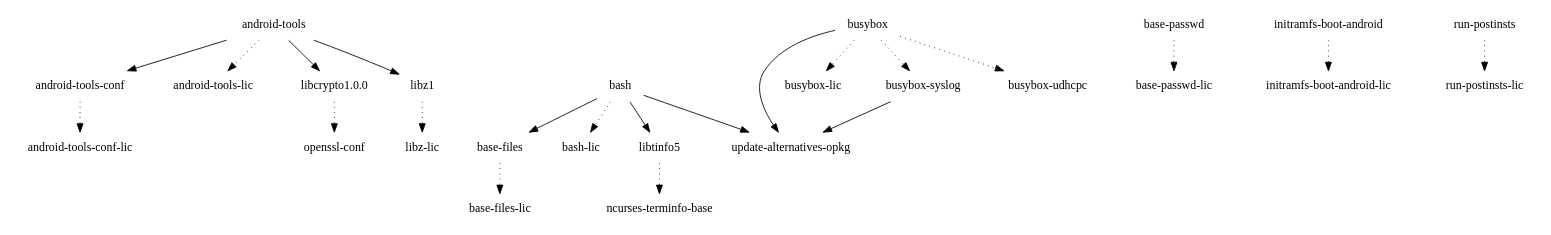
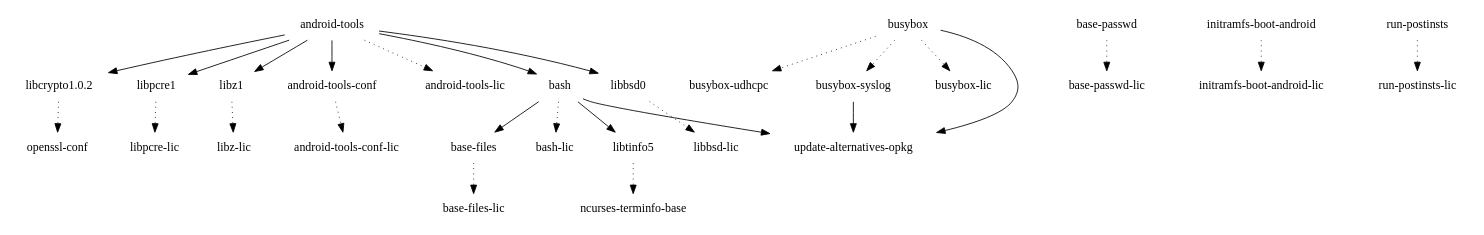
Before and after one commit to webOS-ports/buildhistory: the diagram in images/mako/glibc/initramfs-android-image/depends-nokernel-nolibc.dot, drawn with Graphviz. The commit also changed 589 other files, not shown here.

```diff
--- a/images/mako/glibc/initramfs-android-image/depends-nokernel-nolibc.dot
+++ b/images/mako/glibc/initramfs-android-image/depends-nokernel-nolibc.dot
@@ -1,24 +1,29 @@
 digraph depends {
     node [shape=plaintext]
-"android-tools" -> "android-tools-conf";
-"android-tools" -> "android-tools-lic" [style=dotted];
-"android-tools" -> "libcrypto1.0.0";
-"android-tools" -> "libz1";
-"android-tools-conf" -> "android-tools-conf-lic" [style=dotted];
-"base-files" -> "base-files-lic" [style=dotted];
-"base-passwd" -> "base-passwd-lic" [style=dotted];
-"bash" -> "base-files";
-"bash" -> "bash-lic" [style=dotted];
-"bash" -> "libtinfo5";
-"bash" -> "update-alternatives-opkg";
-"busybox" -> "busybox-lic" [style=dotted];
-"busybox" -> "busybox-syslog" [style=dotted];
-"busybox" -> "busybox-udhcpc" [style=dotted];
-"busybox" -> "update-alternatives-opkg";
-"busybox-syslog" -> "update-alternatives-opkg";
-"initramfs-boot-android" -> "initramfs-boot-android-lic" [style=dotted];
-"libcrypto1.0.0" -> "openssl-conf" [style=dotted];
-"libtinfo5" -> "ncurses-terminfo-base" [style=dotted];
-"libz1" -> "libz-lic" [style=dotted];
-"run-postinsts" -> "run-postinsts-lic" [style=dotted];
+"android-tools" -> "android-tools-conf"
+"android-tools" -> "android-tools-lic" [style=dotted]
+"android-tools" -> "bash"
+"android-tools-conf" -> "android-tools-conf-lic" [style=dotted]
+"android-tools" -> "libbsd0"
+"android-tools" -> "libcrypto1.0.2"
+"android-tools" -> "libpcre1"
+"android-tools" -> "libz1"
+"base-files" -> "base-files-lic" [style=dotted]
+"base-passwd" -> "base-passwd-lic" [style=dotted]
+"bash" -> "base-files"
+"bash" -> "bash-lic" [style=dotted]
+"bash" -> "libtinfo5"
+"bash" -> "update-alternatives-opkg"
+"busybox" -> "busybox-lic" [style=dotted]
+"busybox" -> "busybox-syslog" [style=dotted]
+"busybox" -> "busybox-udhcpc" [style=dotted]
+"busybox-syslog" -> "update-alternatives-opkg"
+"busybox" -> "update-alternatives-opkg"
+"initramfs-boot-android" -> "initramfs-boot-android-lic" [style=dotted]
+"libbsd0" -> "libbsd-lic" [style=dotted]
+"libcrypto1.0.2" -> "openssl-conf" [style=dotted]
+"libpcre1" -> "libpcre-lic" [style=dotted]
+"libtinfo5" -> "ncurses-terminfo-base" [style=dotted]
+"libz1" -> "libz-lic" [style=dotted]
+"run-postinsts" -> "run-postinsts-lic" [style=dotted]
 }
```
